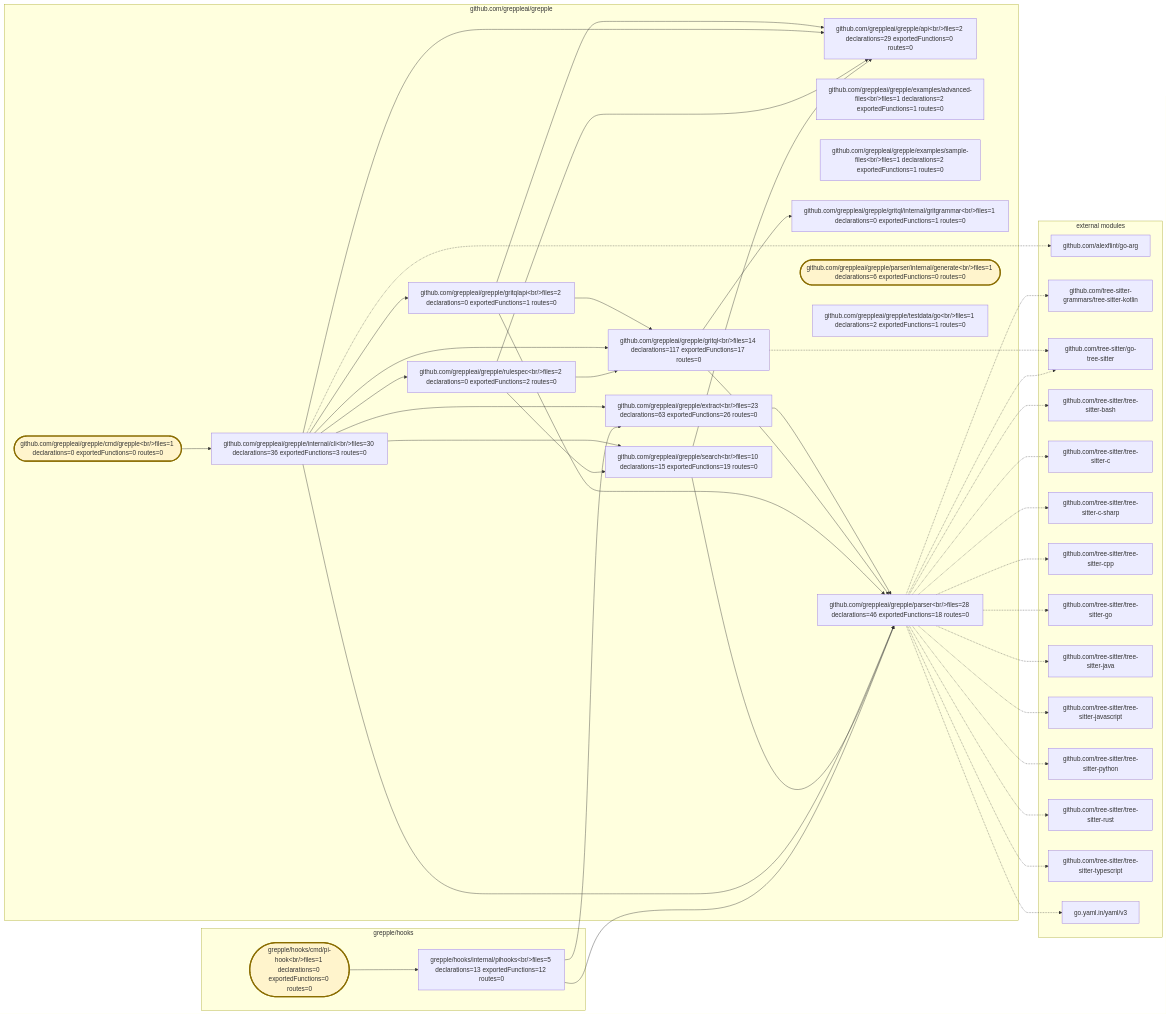
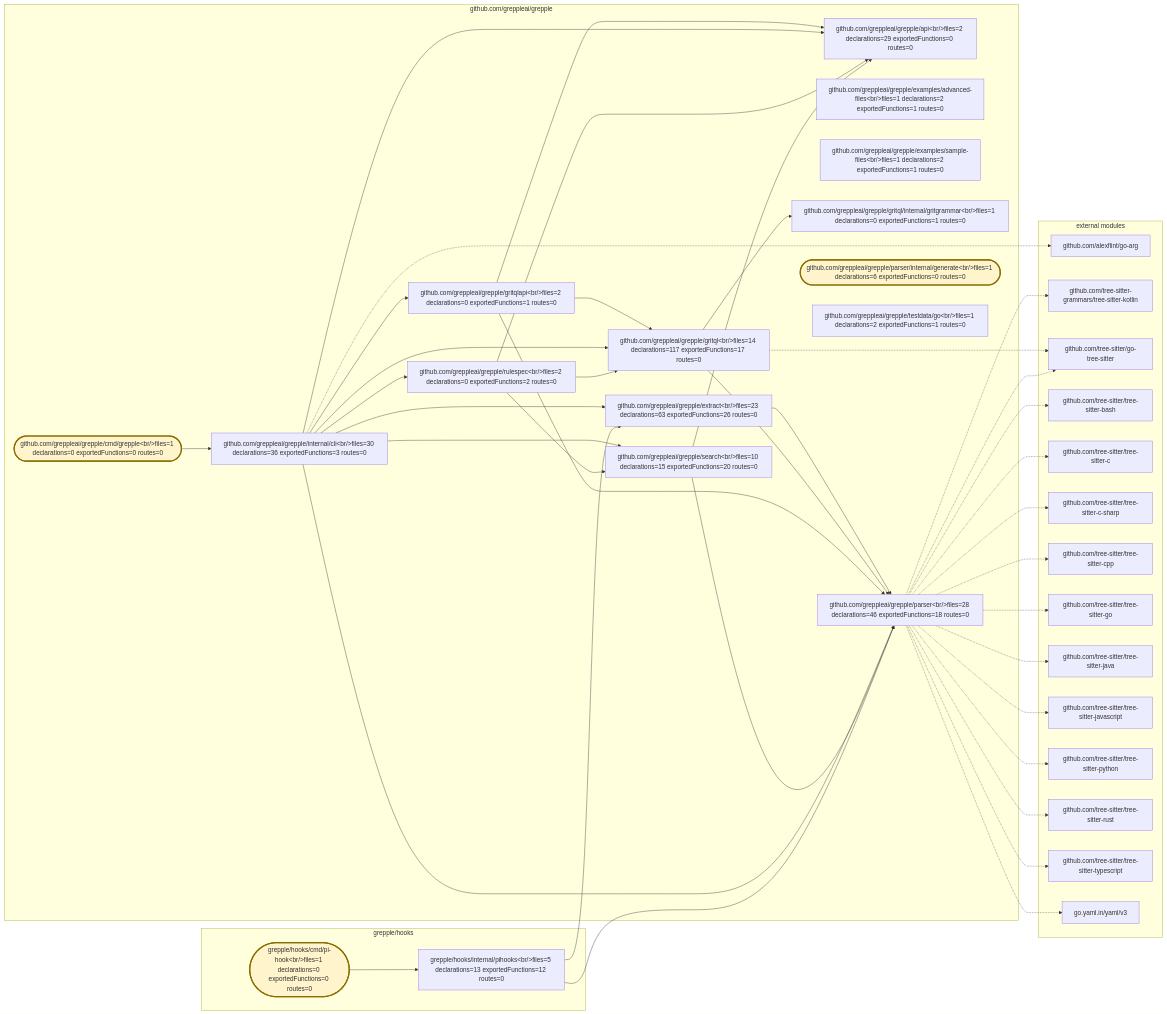
One commit to greppleai/grepple changed the diagram in .grepple/project.workspace/overview.mmd. Above: the diagram before and after it, drawn with Mermaid. The commit also changed 27 other files, not shown here.

```diff
--- a/.grepple/project.workspace/overview.mmd
+++ b/.grepple/project.workspace/overview.mmd
@@ -1,78 +1,78 @@
 flowchart LR
     classDef entrypoint fill:#fff4cc,stroke:#8a6d00,stroke-width:3px
     subgraph module_0["github.com/greppleai/grepple"]
         package_0["github.com/greppleai/grepple/api&lt;br/&gt;files=2 declarations=29 exportedFunctions=0 routes=0"]
         package_1(["github.com/greppleai/grepple/cmd/grepple&lt;br/&gt;files=1 declarations=0 exportedFunctions=0 routes=0"])
         class package_1 entrypoint
         package_2["github.com/greppleai/grepple/examples/advanced-files&lt;br/&gt;files=1 declarations=2 exportedFunctions=1 routes=0"]
         package_3["github.com/greppleai/grepple/examples/sample-files&lt;br/&gt;files=1 declarations=2 exportedFunctions=1 routes=0"]
         package_4["github.com/greppleai/grepple/extract&lt;br/&gt;files=23 declarations=63 exportedFunctions=26 routes=0"]
         package_5["github.com/greppleai/grepple/gritql&lt;br/&gt;files=14 declarations=117 exportedFunctions=17 routes=0"]
         package_6["github.com/greppleai/grepple/gritql/internal/gritgrammar&lt;br/&gt;files=1 declarations=0 exportedFunctions=1 routes=0"]
         package_7["github.com/greppleai/grepple/gritqlapi&lt;br/&gt;files=2 declarations=0 exportedFunctions=1 routes=0"]
         package_8["github.com/greppleai/grepple/internal/cli&lt;br/&gt;files=30 declarations=36 exportedFunctions=3 routes=0"]
         package_9["github.com/greppleai/grepple/parser&lt;br/&gt;files=28 declarations=46 exportedFunctions=18 routes=0"]
         package_10(["github.com/greppleai/grepple/parser/internal/generate&lt;br/&gt;files=1 declarations=6 exportedFunctions=0 routes=0"])
         class package_10 entrypoint
         package_11["github.com/greppleai/grepple/rulespec&lt;br/&gt;files=2 declarations=0 exportedFunctions=2 routes=0"]
-        package_12["github.com/greppleai/grepple/search&lt;br/&gt;files=10 declarations=15 exportedFunctions=19 routes=0"]
+        package_12["github.com/greppleai/grepple/search&lt;br/&gt;files=10 declarations=15 exportedFunctions=20 routes=0"]
         package_13["github.com/greppleai/grepple/testdata/go&lt;br/&gt;files=1 declarations=2 exportedFunctions=1 routes=0"]
     end
     subgraph module_1["grepple/hooks"]
         package_14(["grepple/hooks/cmd/pi-hook&lt;br/&gt;files=1 declarations=0 exportedFunctions=0 routes=0"])
         class package_14 entrypoint
         package_15["grepple/hooks/internal/pihooks&lt;br/&gt;files=5 declarations=13 exportedFunctions=12 routes=0"]
     end
     package_1 --> package_8
     package_4 --> package_9
     package_5 --> package_6
     package_5 --> package_9
     package_7 --> package_0
     package_7 --> package_5
     package_7 --> package_9
     package_8 --> package_0
     package_8 --> package_4
     package_8 --> package_5
     package_8 --> package_7
     package_8 --> package_9
     package_8 --> package_11
     package_8 --> package_12
     package_11 --> package_0
     package_11 --> package_5
     package_11 --> package_12
     package_12 --> package_0
     package_12 --> package_9
     package_14 --> package_15
     package_15 --> package_4
     package_15 --> package_9
     subgraph external_dependencies["external modules"]
         external_0["github.com/alexflint/go-arg"]
         external_1["github.com/tree-sitter-grammars/tree-sitter-kotlin"]
         external_2["github.com/tree-sitter/go-tree-sitter"]
         external_3["github.com/tree-sitter/tree-sitter-bash"]
         external_4["github.com/tree-sitter/tree-sitter-c"]
         external_5["github.com/tree-sitter/tree-sitter-c-sharp"]
         external_6["github.com/tree-sitter/tree-sitter-cpp"]
         external_7["github.com/tree-sitter/tree-sitter-go"]
         external_8["github.com/tree-sitter/tree-sitter-java"]
         external_9["github.com/tree-sitter/tree-sitter-javascript"]
         external_10["github.com/tree-sitter/tree-sitter-python"]
         external_11["github.com/tree-sitter/tree-sitter-rust"]
         external_12["github.com/tree-sitter/tree-sitter-typescript"]
         external_13["go.yaml.in/yaml/v3"]
     end
     package_8 -.-> external_0
     package_9 -.-> external_1
     package_5 -.-> external_2
     package_9 -.-> external_2
     package_9 -.-> external_3
     package_9 -.-> external_4
     package_9 -.-> external_5
     package_9 -.-> external_6
     package_9 -.-> external_7
     package_9 -.-> external_8
     package_9 -.-> external_9
     package_9 -.-> external_10
     package_9 -.-> external_11
     package_9 -.-> external_12
     package_9 -.-> external_13
```
